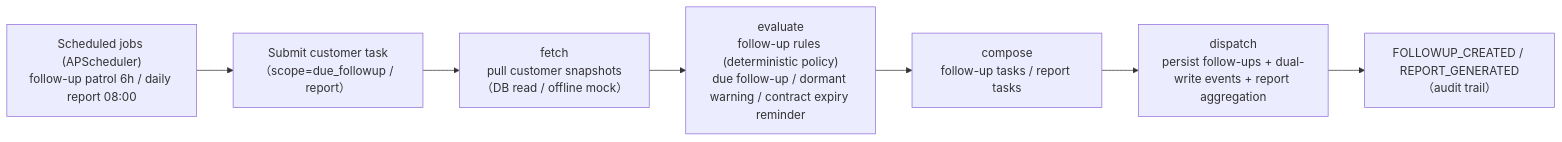
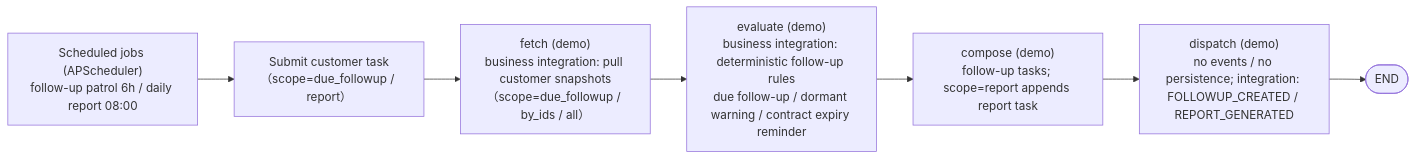
Before and after one commit to chain-engine/x-BeiChen: the third of 4 diagrams in server/README.en.md, drawn with Mermaid. The commit also changed other lines of this file and 26 other files, not shown here.

````diff
--- a/server/README.en.md
+++ b/server/README.en.md
@@ -271,9 +271,9 @@
 ```mermaid
 flowchart LR
     Job["Scheduled jobs (APScheduler)<br/>follow-up patrol 6h / daily report 08:00"] --> Task["Submit customer task<br/>（scope=due_followup / report）"]
-    Task --> Fetch["fetch<br/>pull customer snapshots<br/>（DB read / offline mock）"]
-    Fetch --> Eval["evaluate<br/>follow-up rules (deterministic policy)<br/>due follow-up / dormant warning / contract expiry reminder"]
-    Eval --> Comp["compose<br/>follow-up tasks / report tasks"]
-    Comp --> Disp["dispatch<br/>persist follow-ups + dual-write events + report aggregation"]
-    Disp --> Ev["FOLLOWUP_CREATED / REPORT_GENERATED<br/>（audit trail）"]
+    Task --> Fetch["fetch (demo)<br/>business integration: pull customer snapshots<br/>（scope=due_followup / by_ids / all）"]
+    Fetch --> Eval["evaluate (demo)<br/>business integration: deterministic follow-up rules<br/>due follow-up / dormant warning / contract expiry reminder"]
+    Eval --> Comp["compose (demo)<br/>follow-up tasks; scope=report appends report task"]
+    Comp --> Disp["dispatch (demo)<br/>no events / no persistence; integration: FOLLOWUP_CREATED / REPORT_GENERATED"]
+    Disp --> END([END])
 ```
````
